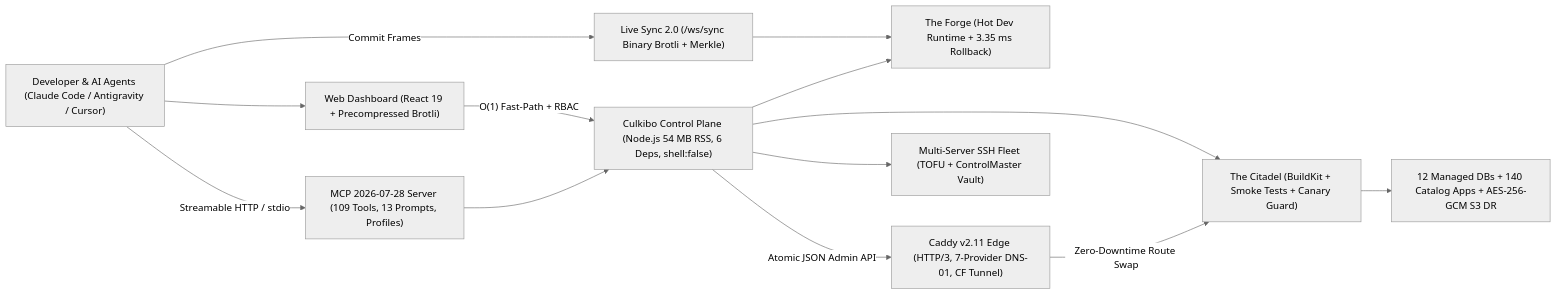
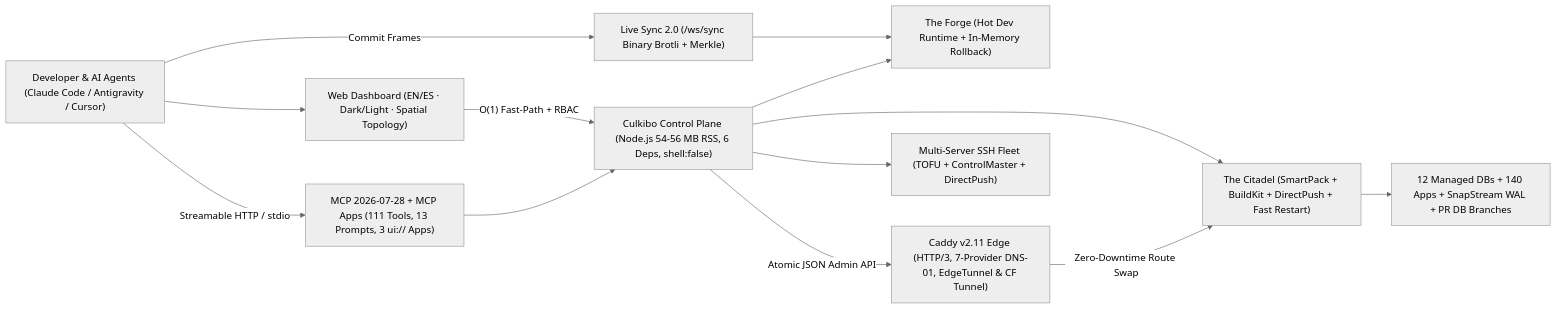
One commit to macaqueboy/culkibo changed the diagram in README.md. Above: the diagram before and after it, drawn with Mermaid (neutral theme). The commit also changed other lines of this file and 45 other files, not shown here.

Commit message:
feat(cycle-2): SmartPack, DirectPush pussh, Sovereign EdgeTunnel, MCP Apps ui://culkibo/*, SnapStream WAL-to-S3, PR DB Branching, EN/ES i18n, Dark Mode, Spatial Topology & Linux CI (95.4% Launch Ready)

````diff
--- a/README.md
+++ b/README.md
@@ -138,26 +157,26 @@
 ```mermaid
 flowchart LR
     Dev["Developer & AI Agents (Claude Code / Antigravity / Cursor)"]
-    UI["Web Dashboard (React 19 + Precompressed Brotli)"]
-    MCP["MCP 2026-07-28 Server (109 Tools, 13 Prompts, Profiles)"]
+    UI["Web Dashboard (EN/ES · Dark/Light · Spatial Topology)"]
+    MCP["MCP 2026-07-28 + MCP Apps (111 Tools, 13 Prompts, 3 ui:// Apps)"]
     Sync["Live Sync 2.0 (/ws/sync Binary Brotli + Merkle)"]
-    CP["Culkibo Control Plane (Node.js 54 MB RSS, 6 Deps, shell:false)"]
-    Forge["The Forge (Hot Dev Runtime + 3.35 ms Rollback)"]
-    Citadel["The Citadel (BuildKit + Smoke Tests + Canary Guard)"]
-    Caddy["Caddy v2.11 Edge (HTTP/3, 7-Provider DNS-01, CF Tunnel)"]
-    Data["12 Managed DBs + 140 Catalog Apps + AES-256-GCM S3 DR"]
-    Fleet["Multi-Server SSH Fleet (TOFU + ControlMaster Vault)"]
+    CP["Culkibo Control Plane (Node.js 54-56 MB RSS, 6 Deps, shell:false)"]
+    Forge["The Forge (Hot Dev Runtime + In-Memory Rollback)"]
+    Citadel["The Citadel (SmartPack + BuildKit + DirectPush + Fast Restart)"]
+    Caddy["Caddy v2.11 Edge (HTTP/3, 7-Provider DNS-01, EdgeTunnel & CF Tunnel)"]
+    Data["12 Managed DBs + 140 Apps + SnapStream WAL + PR DB Branches"]
+    Fleet["Multi-Server SSH Fleet (TOFU + ControlMaster + DirectPush)"]
 
     Dev -->|"Streamable HTTP / stdio"| MCP
     Dev -->|"Commit Frames"| Sync
     Dev --> UI
     UI -->|"O(1) Fast-Path + RBAC"| CP
     MCP --> CP
     Sync --> Forge
     CP --> Forge
     CP --> Citadel
     CP -->|"Atomic JSON Admin API"| Caddy
     Citadel --> Data
     CP --> Fleet
     Caddy -->|"Zero-Downtime Route Swap"| Citadel
 ```
````
